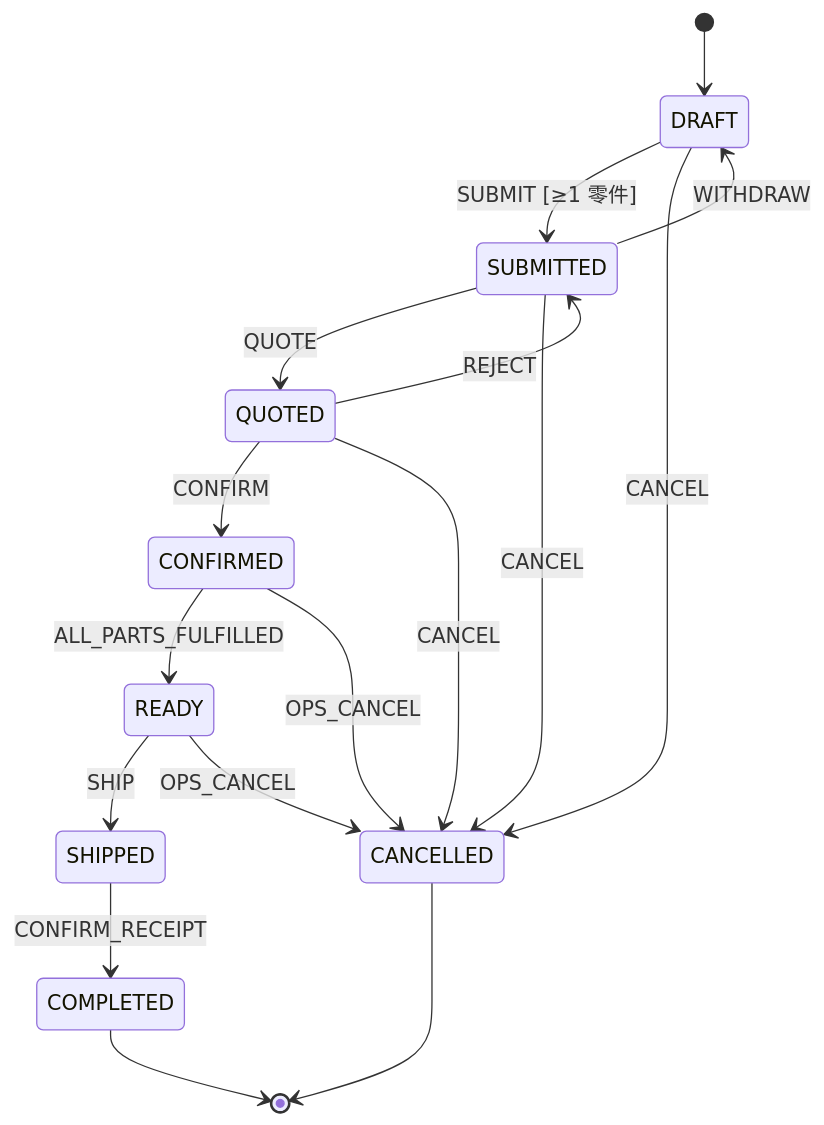
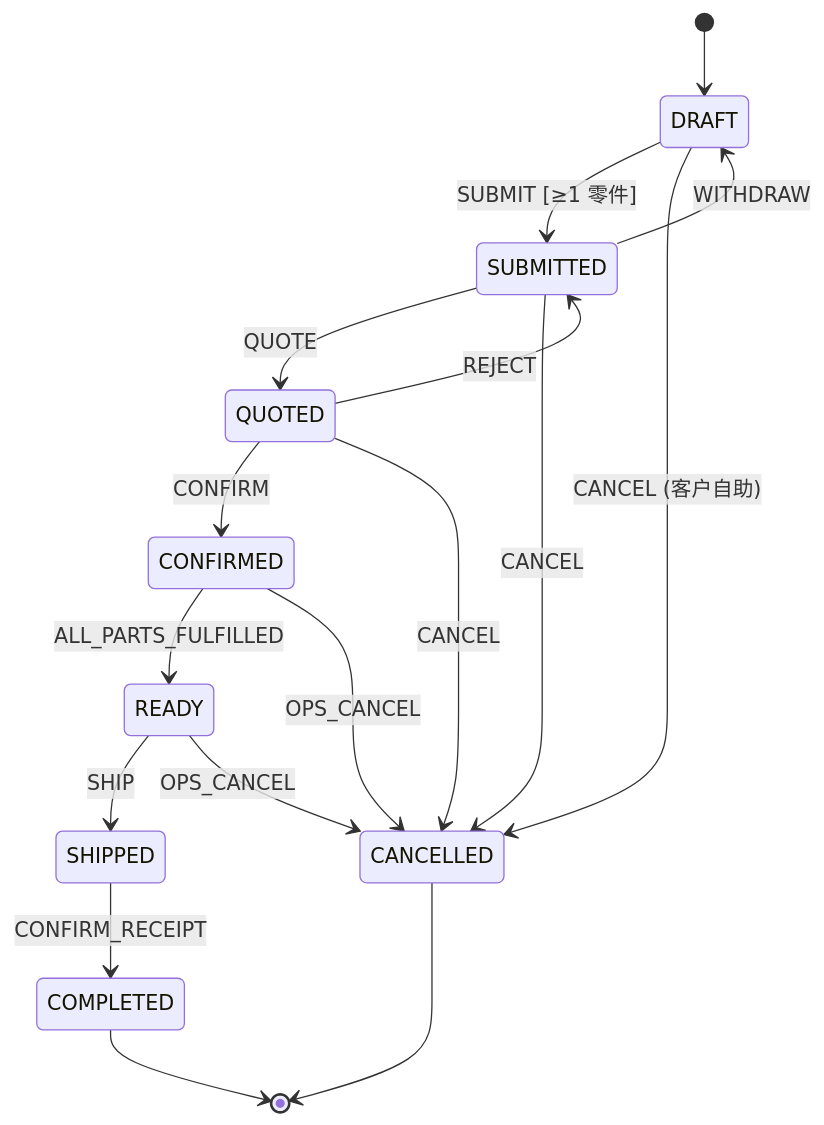
Before and after one commit to yubeining/yuhao_website: the first of 4 diagrams in docs/design/12-订单与零件状态机.md, drawn with Mermaid. The commit also changed other lines of this file and 3 other files, not shown here.

````diff
--- a/docs/design/12-订单与零件状态机.md
+++ b/docs/design/12-订单与零件状态机.md
@@ -97,19 +103,19 @@
 ```mermaid
 stateDiagram-v2
     [*] --> DRAFT
     DRAFT --> SUBMITTED: SUBMIT [≥1 零件]
     SUBMITTED --> DRAFT: WITHDRAW
     SUBMITTED --> QUOTED: QUOTE
     QUOTED --> SUBMITTED: REJECT
     QUOTED --> CONFIRMED: CONFIRM
     CONFIRMED --> READY: ALL_PARTS_FULFILLED
     READY --> SHIPPED: SHIP
     SHIPPED --> COMPLETED: CONFIRM_RECEIPT
-    DRAFT --> CANCELLED: CANCEL
+    DRAFT --> CANCELLED: CANCEL (客户自助)
     SUBMITTED --> CANCELLED: CANCEL
     QUOTED --> CANCELLED: CANCEL
     CONFIRMED --> CANCELLED: OPS_CANCEL
     READY --> CANCELLED: OPS_CANCEL
     COMPLETED --> [*]
     CANCELLED --> [*]
 ```
````
